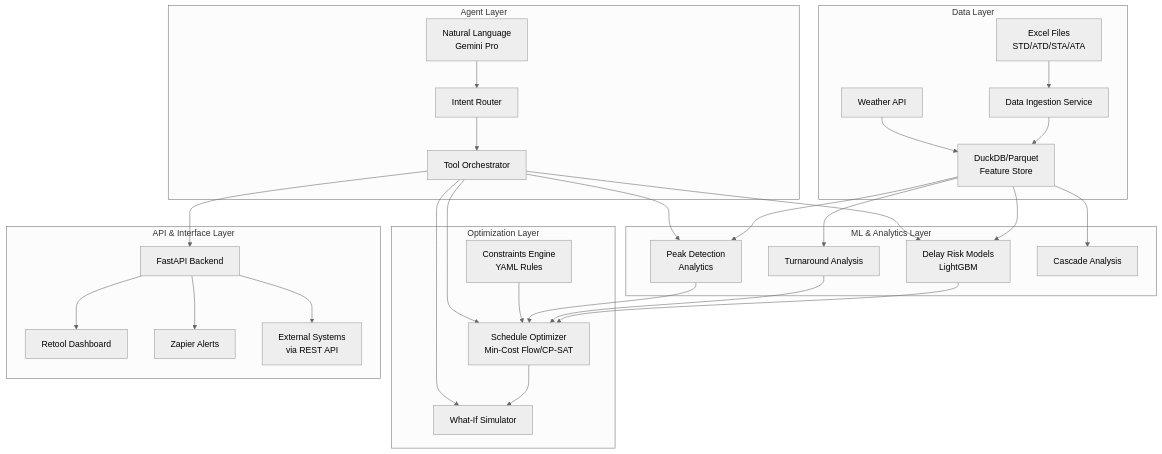
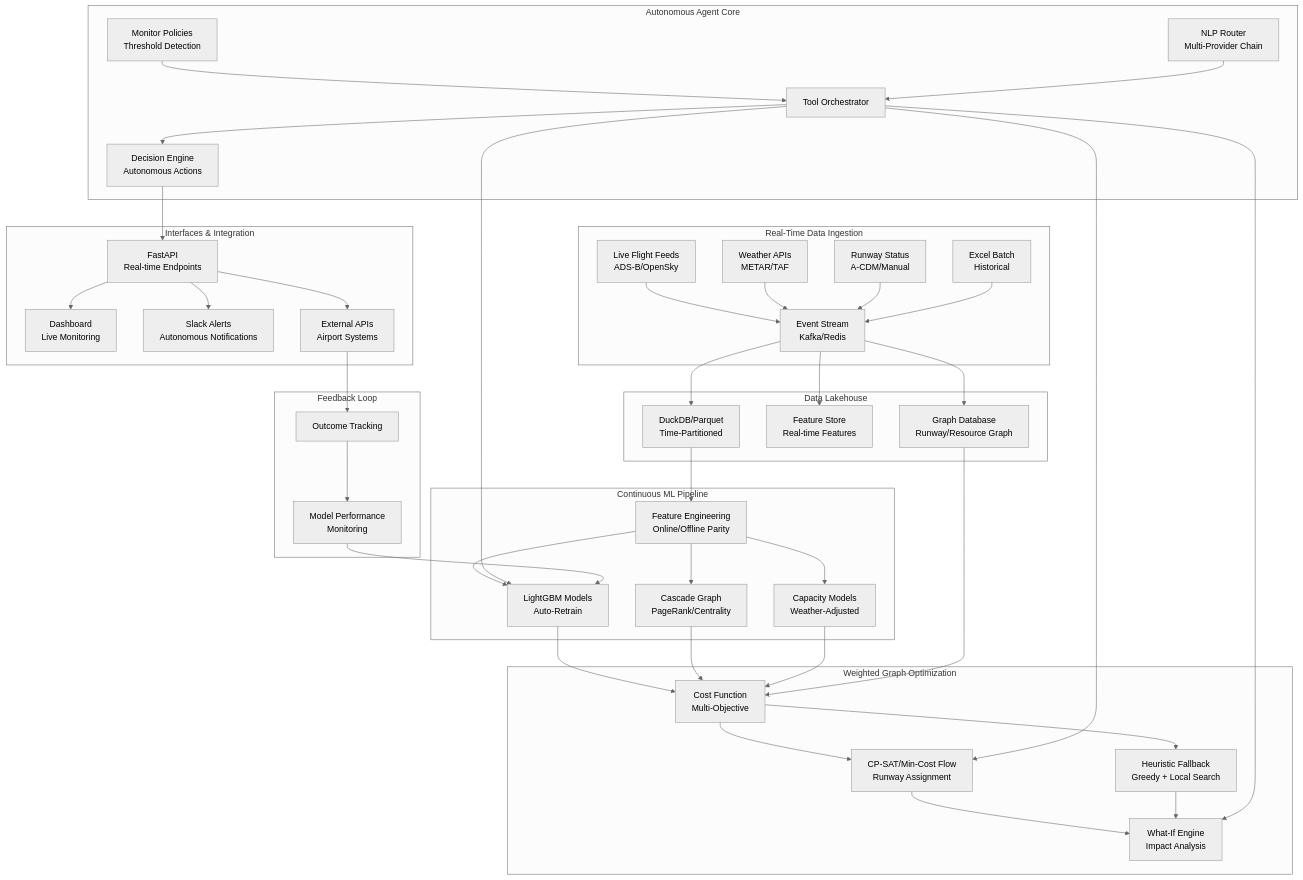
Before and after one commit to guptashrey458/Traffic-Automation-Agent: the diagram in .kiro/specs/agentic-flight-scheduler/design.md, drawn with Mermaid (neutral theme). The commit also changed other lines of this file and 101 other files, not shown here.

````diff
--- a/.kiro/specs/agentic-flight-scheduler/design.md
+++ b/.kiro/specs/agentic-flight-scheduler/design.md
@@ -11,39 +11,55 @@
 ```mermaid
 graph TB
-    subgraph "Data Layer"
-        A[Excel Files<br/>STD/ATD/STA/ATA] --> B[Data Ingestion Service]
-        B --> C[DuckDB/Parquet<br/>Feature Store]
-        D[Weather API] --> C
+    subgraph "Real-Time Data Ingestion"
+        A[Live Flight Feeds<br/>ADS-B/OpenSky] --> Q[Event Stream<br/>Kafka/Redis]
+        B[Weather APIs<br/>METAR/TAF] --> Q
+        C[Runway Status<br/>A-CDM/Manual] --> Q
+        D[Excel Batch<br/>Historical] --> Q
     end
     
-    subgraph "ML & Analytics Layer"
-        C --> E[Delay Risk Models<br/>LightGBM]
-        C --> F[Turnaround Analysis]
-        C --> G[Peak Detection<br/>Analytics]
-        C --> H[Cascade Analysis]
+    subgraph "Data Lakehouse"
+        Q --> E[DuckDB/Parquet<br/>Time-Partitioned]
+        Q --> F[Feature Store<br/>Real-time Features]
+        Q --> G[Graph Database<br/>Runway/Resource Graph]
     end
     
-    subgraph "Optimization Layer"
-        E --> I[Schedule Optimizer<br/>Min-Cost Flow/CP-SAT]
-        F --> I
-        G --> I
-        J[Constraints Engine<br/>YAML Rules] --> I
-        I --> K[What-If Simulator]
+    subgraph "Continuous ML Pipeline"
+        E --> H[Feature Engineering<br/>Online/Offline Parity]
+        H --> I[LightGBM Models<br/>Auto-Retrain]
+        H --> J[Cascade Graph<br/>PageRank/Centrality]
+        H --> K[Capacity Models<br/>Weather-Adjusted]
     end
     
-    subgraph "Agent Layer"
-        L[Natural Language<br/>Gemini Pro] --> M[Intent Router]
-        M --> N[Tool Orchestrator]
-        N --> E
-        N --> G
-        N --> I
-        N --> K
+    subgraph "Weighted Graph Optimization"
+        I --> L[Cost Function<br/>Multi-Objective]
+        J --> L
+        K --> L
+        G --> L
+        L --> M[CP-SAT/Min-Cost Flow<br/>Runway Assignment]
+        L --> N[Heuristic Fallback<br/>Greedy + Local Search]
+        M --> O[What-If Engine<br/>Impact Analysis]
+        N --> O
     end
     
-    subgraph "API & Interface Layer"
-        N --> O[FastAPI Backend]
-        O --> P[Retool Dashboard]
-        O --> Q[Zapier Alerts]
-        O --> R[External Systems<br/>via REST API]
+    subgraph "Autonomous Agent Core"
+        P[Monitor Policies<br/>Threshold Detection] --> Q1[Tool Orchestrator]
+        R[NLP Router<br/>Multi-Provider Chain] --> Q1
+        Q1 --> I
+        Q1 --> M
+        Q1 --> O
+        Q1 --> S[Decision Engine<br/>Autonomous Actions]
+    end
+    
+    subgraph "Interfaces & Integration"
+        S --> T[FastAPI<br/>Real-time Endpoints]
+        T --> U[Dashboard<br/>Live Monitoring]
+        T --> V[Slack Alerts<br/>Autonomous Notifications]
+        T --> W[External APIs<br/>Airport Systems]
+    end
+    
+    subgraph "Feedback Loop"
+        W --> X[Outcome Tracking]
+        X --> Y[Model Performance<br/>Monitoring]
+        Y --> I
     end
 ```
````
